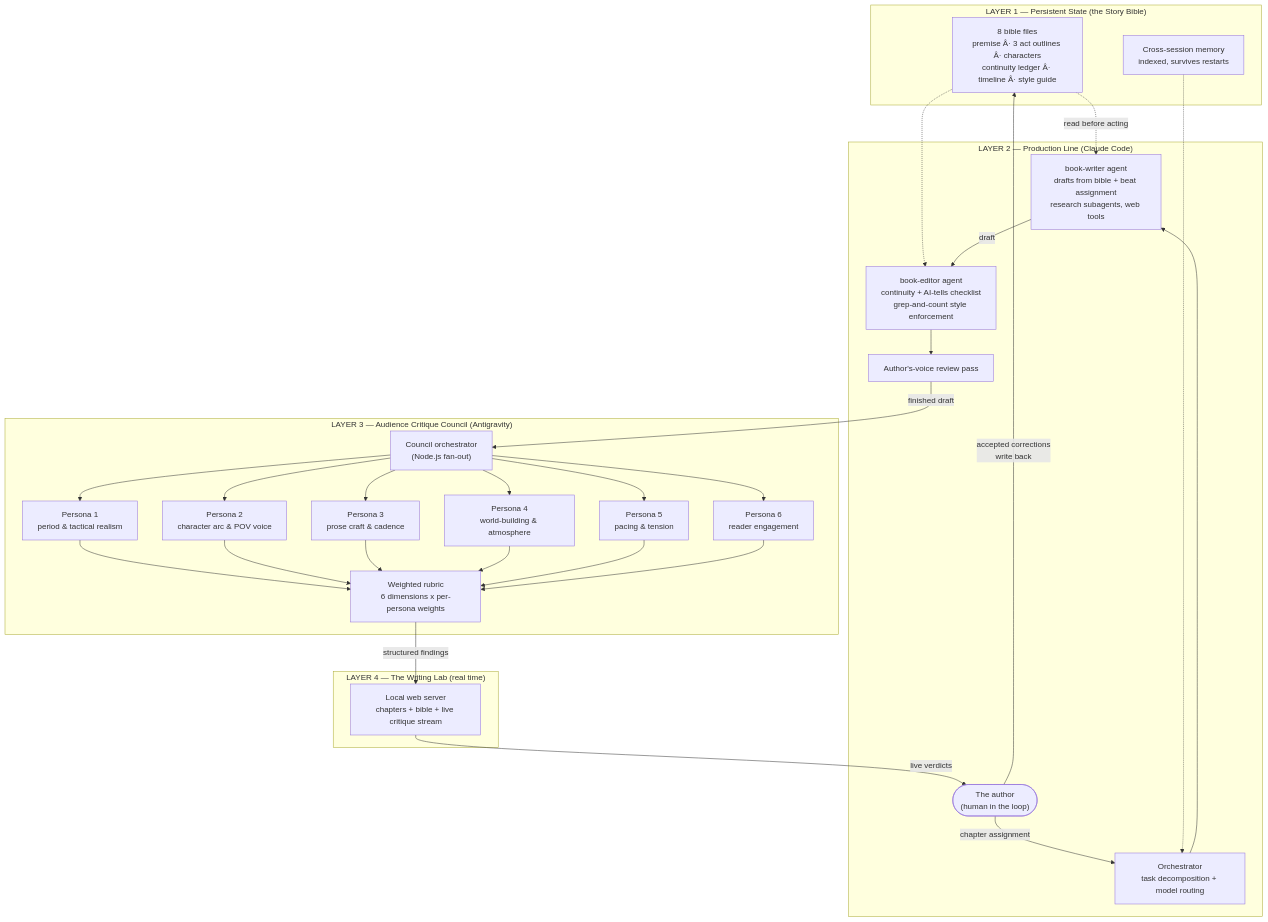
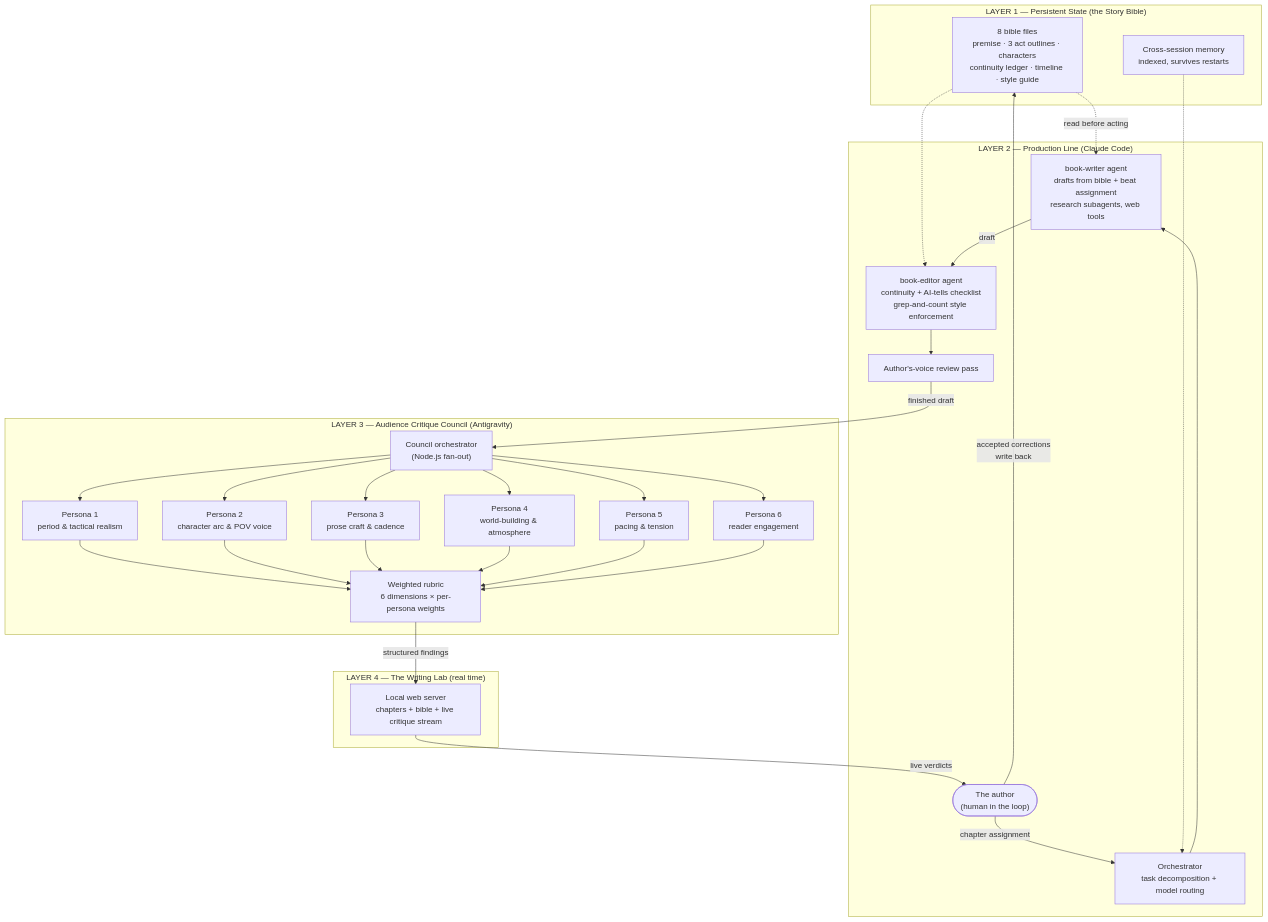
The diagram in netlify/functions/corpus.md (cantus-industries/cantusindustries-site), drawn with Mermaid before and after one commit. The commit also changed other lines of this file, not shown here.

````diff
--- a/netlify/functions/corpus.md
+++ b/netlify/functions/corpus.md
@@ -294,44 +292,44 @@
 ```mermaid
 flowchart TD
     subgraph L1["LAYER 1 — Persistent State (the Story Bible)"]
-        BIBLE["8 bible files<br/>premise Â· 3 act outlines Â· characters<br/>continuity ledger Â· timeline Â· style guide"]
+        BIBLE["8 bible files<br/>premise · 3 act outlines · characters<br/>continuity ledger · timeline · style guide"]
         MEM["Cross-session memory<br/>indexed, survives restarts"]
     end
 
     subgraph L2["LAYER 2 — Production Line (Claude Code)"]
         AUTHOR(["The author<br/>(human in the loop)"])
         ORCH["Orchestrator<br/>task decomposition + model routing"]
         WRITER["book-writer agent<br/>drafts from bible + beat assignment<br/>research subagents, web tools"]
         EDITOR["book-editor agent<br/>continuity + AI-tells checklist<br/>grep-and-count style enforcement"]
         VOICE["Author's-voice review pass"]
     end
 
     subgraph L3["LAYER 3 — Audience Critique Council (Antigravity)"]
         CO["Council orchestrator<br/>(Node.js fan-out)"]
         P1["Persona 1<br/>period & tactical realism"]
         P2["Persona 2<br/>character arc & POV voice"]
         P3["Persona 3<br/>prose craft & cadence"]
         P4["Persona 4<br/>world-building & atmosphere"]
         P5["Persona 5<br/>pacing & tension"]
         P6["Persona 6<br/>reader engagement"]
-        RUBRIC["Weighted rubric<br/>6 dimensions x per-persona weights"]
+        RUBRIC["Weighted rubric<br/>6 dimensions × per-persona weights"]
     end
 
     subgraph L4["LAYER 4 — The Writing Lab (real time)"]
         LAB["Local web server<br/>chapters + bible + live critique stream"]
     end
 
     AUTHOR -->|"chapter assignment"| ORCH
     ORCH --> WRITER
     BIBLE -.->|"read before acting"| WRITER
     BIBLE -.-> EDITOR
     MEM -.-> ORCH
     WRITER -->|"draft"| EDITOR
     EDITOR --> VOICE
     VOICE -->|"finished draft"| CO
     CO --> P1 & P2 & P3 & P4 & P5 & P6
     P1 & P2 & P3 & P4 & P5 & P6 --> RUBRIC
     RUBRIC -->|"structured findings"| LAB
     LAB -->|"live verdicts"| AUTHOR
     AUTHOR -->|"accepted corrections<br/>write back"| BIBLE
 ```
````
